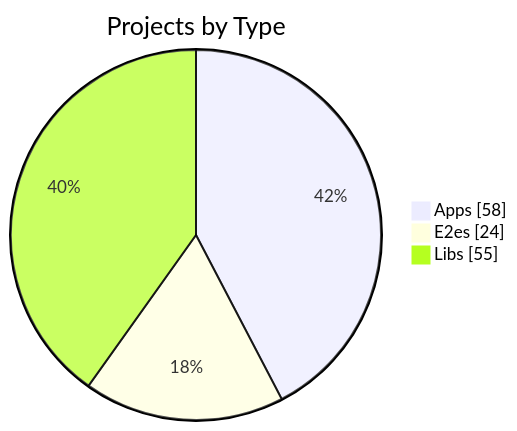
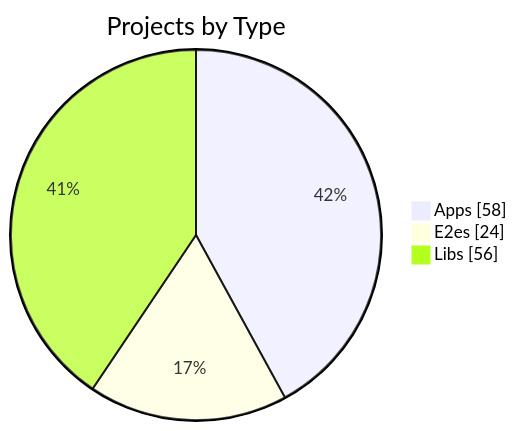
The first of 3 diagrams in apps/kbve/astro-kbve/src/content/docs/dashboard/graph.mdx (KBVE/kbve), drawn with Mermaid before and after one commit. The commit also changed other lines of this file and 1 other file, not shown here.

Commit message:
chore(content): daily graph scaffold [skip ci] (#14298)

````diff
--- a/apps/kbve/astro-kbve/src/content/docs/dashboard/graph.mdx
+++ b/apps/kbve/astro-kbve/src/content/docs/dashboard/graph.mdx
@@ -56,7 +56,7 @@
 ```mermaid
 pie showData
     title Projects by Type
     "Apps" : 58
     "E2es" : 24
-    "Libs" : 55
+    "Libs" : 56
 ```
````
